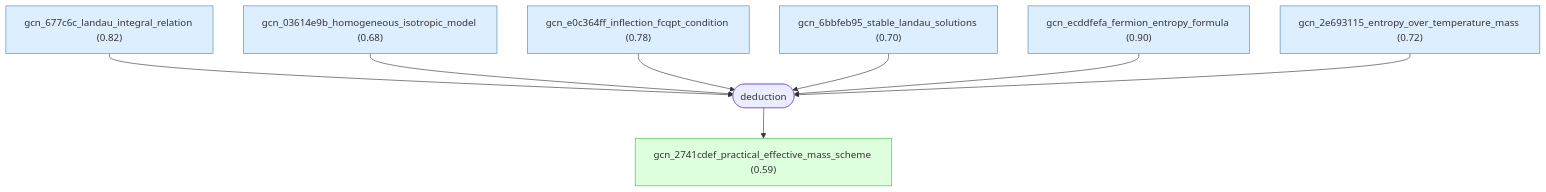
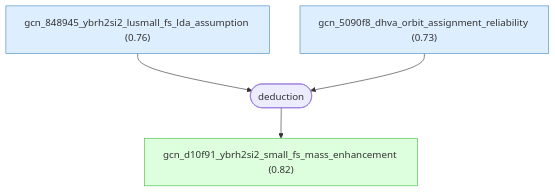
One commit to Callo42/fermi-liquid-effective-mass-gaia changed diagram 11 of 13 in docs/detailed-reasoning.md. Above: the diagram before and after it, drawn with Mermaid. The commit also changed other lines of this file and 53 other files, not shown here.

First line of the commit message:
Regenerate Fermi graph from connected root

````diff
--- a/docs/detailed-reasoning.md
+++ b/docs/detailed-reasoning.md
@@ -1481,28 +1108,20 @@
 ```mermaid
 graph TD
-    gcn_677c6c_landau_integral_relation["gcn_677c6c_landau_integral_relation (0.82)"]:::premise
-    gcn_03614e9b_homogeneous_isotropic_model["gcn_03614e9b_homogeneous_isotropic_model (0.68)"]:::premise
-    gcn_e0c364ff_inflection_fcqpt_condition["gcn_e0c364ff_inflection_fcqpt_condition (0.78)"]:::premise
-    gcn_6bbfeb95_stable_landau_solutions["gcn_6bbfeb95_stable_landau_solutions (0.70)"]:::premise
-    gcn_ecddfefa_fermion_entropy_formula["gcn_ecddfefa_fermion_entropy_formula (0.90)"]:::premise
-    gcn_2e693115_entropy_over_temperature_mass["gcn_2e693115_entropy_over_temperature_mass (0.72)"]:::premise
-    gcn_2741cdef_practical_effective_mass_scheme["gcn_2741cdef_practical_effective_mass_scheme (0.59)"]:::derived
-    strat_31(["deduction"])
-    gcn_677c6c_landau_integral_relation --> strat_31
-    gcn_03614e9b_homogeneous_isotropic_model --> strat_31
-    gcn_e0c364ff_inflection_fcqpt_condition --> strat_31
-    gcn_6bbfeb95_stable_landau_solutions --> strat_31
-    gcn_ecddfefa_fermion_entropy_formula --> strat_31
-    gcn_2e693115_entropy_over_temperature_mass --> strat_31
-    strat_31 --> gcn_2741cdef_practical_effective_mass_scheme
+    gcn_848945_ybrh2si2_lusmall_fs_lda_assumption["gcn_848945_ybrh2si2_lusmall_fs_lda_assumption (0.76)"]:::premise
+    gcn_5090f8_dhva_orbit_assignment_reliability["gcn_5090f8_dhva_orbit_assignment_reliability (0.73)"]:::premise
+    gcn_d10f91_ybrh2si2_small_fs_mass_enhancement["gcn_d10f91_ybrh2si2_small_fs_mass_enhancement (0.82)"]:::derived
+    strat_17(["deduction"])
+    gcn_848945_ybrh2si2_lusmall_fs_lda_assumption --> strat_17
+    gcn_5090f8_dhva_orbit_assignment_reliability --> strat_17
+    strat_17 --> gcn_d10f91_ybrh2si2_small_fs_mass_enhancement
 
     classDef setting fill:#f0f0f0,stroke:#999,color:#333
     classDef premise fill:#ddeeff,stroke:#4488bb,color:#333
     classDef derived fill:#ddffdd,stroke:#44bb44,color:#333
     classDef question fill:#fff3dd,stroke:#cc9944,color:#333
     classDef background fill:#f5f5f5,stroke:#bbb,stroke-dasharray: 5 5,color:#333
     classDef orphan fill:#fff,stroke:#ccc,stroke-dasharray: 5 5,color:#333
     classDef external fill:#fff,stroke:#aaa,stroke-dasharray: 3 3,color:#333
     classDef weak fill:#fff9c4,stroke:#f9a825,stroke-dasharray: 5 5,color:#333
     classDef contra fill:#ffebee,stroke:#c62828,color:#333
 ```
````
